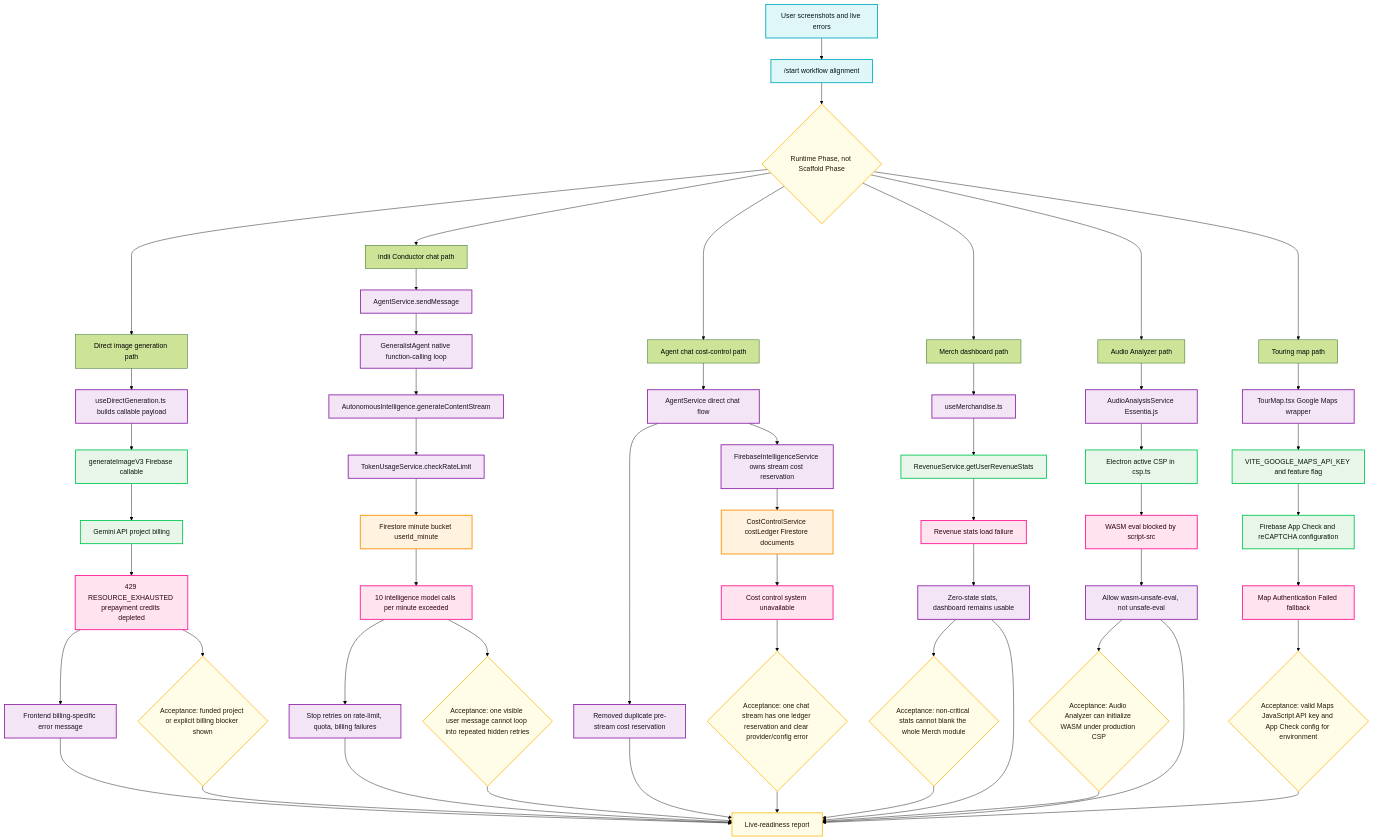
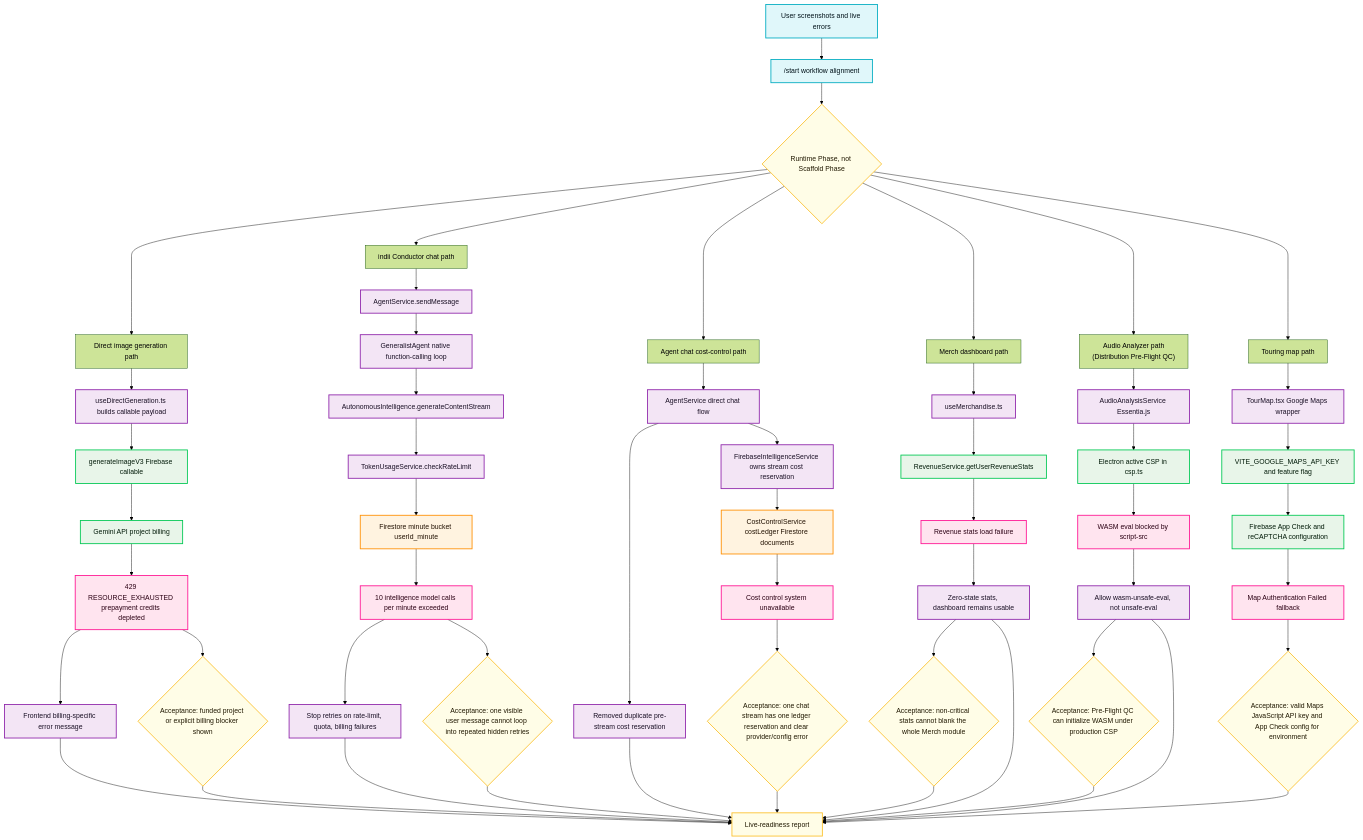
Before and after one commit to indii-music-founder/indii-music-founder: the diagram in docs/flowcharts/live-provider-blockers-startup.md, drawn with Mermaid (forest theme). The commit also changed other lines of this file and 40 other files, not shown here.

````diff
--- a/docs/flowcharts/live-provider-blockers-startup.md
+++ b/docs/flowcharts/live-provider-blockers-startup.md
@@ -5,79 +5,79 @@
 ```mermaid
 graph TD
     UserScreens["User screenshots and live errors"] --> StartWorkflow["/start workflow alignment"]
     StartWorkflow --> RuntimeGate{"Runtime Phase, not Scaffold Phase"}
 
     RuntimeGate --> GeminiPath["Direct image generation path"]
     RuntimeGate --> ConductorPath["indii Conductor chat path"]
     RuntimeGate --> CostPath["Agent chat cost-control path"]
     RuntimeGate --> MerchPath["Merch dashboard path"]
-    RuntimeGate --> AudioPath["Audio Analyzer path"]
+    RuntimeGate --> AudioPath["Audio Analyzer path<br/>(Distribution Pre-Flight QC)"]
     RuntimeGate --> MapsPath["Touring map path"]
 
     GeminiPath --> DirectHook["useDirectGeneration.ts builds callable payload"]
     DirectHook --> ImageCallable["generateImageV3 Firebase callable"]
     ImageCallable --> GeminiAPI["Gemini API project billing"]
     GeminiAPI --> GeminiBlocked["429 RESOURCE_EXHAUSTED prepayment credits depleted"]
     GeminiBlocked --> GeminiUiFix["Frontend billing-specific error message"]
     GeminiBlocked --> GeminiAcceptance{"Acceptance: funded project or explicit billing blocker shown"}
 
     ConductorPath --> AgentService["AgentService.sendMessage"]
     AgentService --> GeneralistLoop["GeneralistAgent native function-calling loop"]
     GeneralistLoop --> StreamCall["AutonomousIntelligence.generateContentStream"]
     StreamCall --> RateLimitCheck["TokenUsageService.checkRateLimit"]
     RateLimitCheck --> BucketDoc["Firestore minute bucket userId_minute"]
     BucketDoc --> LimitBlocked["10 intelligence model calls per minute exceeded"]
     LimitBlocked --> LoopStopFix["Stop retries on rate-limit, quota, billing failures"]
     LimitBlocked --> ConductorAcceptance{"Acceptance: one visible user message cannot loop into repeated hidden retries"}
 
     CostPath --> DirectChat["AgentService direct chat flow"]
     DirectChat --> RemovedReservation["Removed duplicate pre-stream cost reservation"]
     DirectChat --> StreamOwnsLedger["FirebaseIntelligenceService owns stream cost reservation"]
     StreamOwnsLedger --> CostLedger["CostControlService costLedger Firestore documents"]
     CostLedger --> CostBlocked["Cost control system unavailable"]
     CostBlocked --> CostAcceptance{"Acceptance: one chat stream has one ledger reservation and clear provider/config error"}
 
     MerchPath --> MerchHook["useMerchandise.ts"]
     MerchHook --> RevenueStats["RevenueService.getUserRevenueStats"]
     RevenueStats --> MerchBlocked["Revenue stats load failure"]
     MerchBlocked --> MerchFallback["Zero-state stats, dashboard remains usable"]
     MerchFallback --> MerchAcceptance{"Acceptance: non-critical stats cannot blank the whole Merch module"}
 
     AudioPath --> AudioModule["AudioAnalysisService Essentia.js"]
     AudioModule --> ElectronCsp["Electron active CSP in csp.ts"]
     ElectronCsp --> WasmBlocked["WASM eval blocked by script-src"]
     WasmBlocked --> WasmFix["Allow wasm-unsafe-eval, not unsafe-eval"]
-    WasmFix --> AudioAcceptance{"Acceptance: Audio Analyzer can initialize WASM under production CSP"}
+    WasmFix --> AudioAcceptance{"Acceptance: Pre-Flight QC can initialize WASM under production CSP"}
 
     MapsPath --> TourMap["TourMap.tsx Google Maps wrapper"]
     TourMap --> MapsKey["VITE_GOOGLE_MAPS_API_KEY and feature flag"]
     MapsKey --> AppCheck["Firebase App Check and reCAPTCHA configuration"]
     AppCheck --> MapsBlocked["Map Authentication Failed fallback"]
     MapsBlocked --> MapsAcceptance{"Acceptance: valid Maps JavaScript API key and App Check config for environment"}
 
     GeminiAcceptance --> LiveReadiness["Live-readiness report"]
     ConductorAcceptance --> LiveReadiness
     CostAcceptance --> LiveReadiness
     MerchAcceptance --> LiveReadiness
     AudioAcceptance --> LiveReadiness
     MapsAcceptance --> LiveReadiness
     GeminiUiFix --> LiveReadiness
     LoopStopFix --> LiveReadiness
     RemovedReservation --> LiveReadiness
     MerchFallback --> LiveReadiness
     WasmFix --> LiveReadiness
 
     classDef user fill:#e0f7fa,stroke:#00acc1,stroke-width:2px,color:#001219
     classDef service fill:#f3e5f5,stroke:#8e24aa,stroke-width:2px,color:#1a1025
     classDef data fill:#fff3e0,stroke:#ff8f00,stroke-width:2px,color:#211000
     classDef cloud fill:#e8f5e9,stroke:#00c853,stroke-width:2px,color:#001a08
     classDef error fill:#ffe4ef,stroke:#ff1493,stroke-width:2px,color:#2b0014
     classDef gate fill:#fffde7,stroke:#fbc02d,stroke-width:2px,color:#201800
 
     class UserScreens,StartWorkflow user
     class DirectHook,AgentService,GeneralistLoop,StreamCall,RateLimitCheck,TourMap,GeminiUiFix,LoopStopFix,DirectChat,RemovedReservation,StreamOwnsLedger,MerchHook,MerchFallback,AudioModule,WasmFix service
     class BucketDoc,CostLedger data
     class ImageCallable,GeminiAPI,MapsKey,AppCheck,RevenueStats,ElectronCsp cloud
     class GeminiBlocked,LimitBlocked,MapsBlocked,CostBlocked,MerchBlocked,WasmBlocked error
     class RuntimeGate,GeminiAcceptance,ConductorAcceptance,CostAcceptance,MerchAcceptance,AudioAcceptance,MapsAcceptance,LiveReadiness gate
 ```
````
